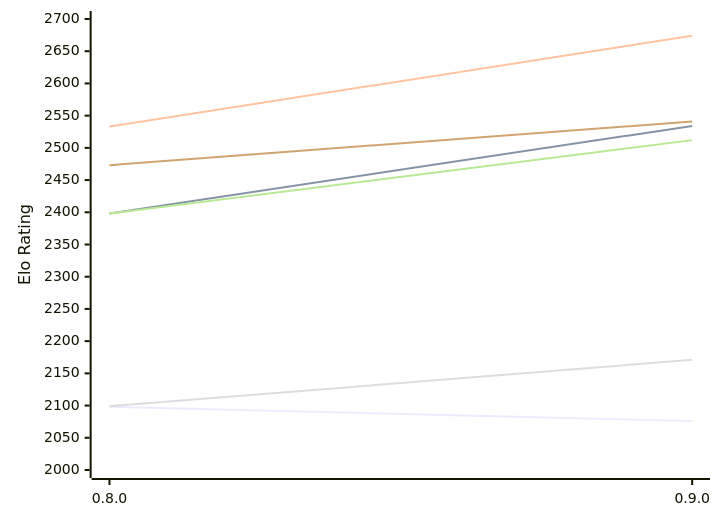
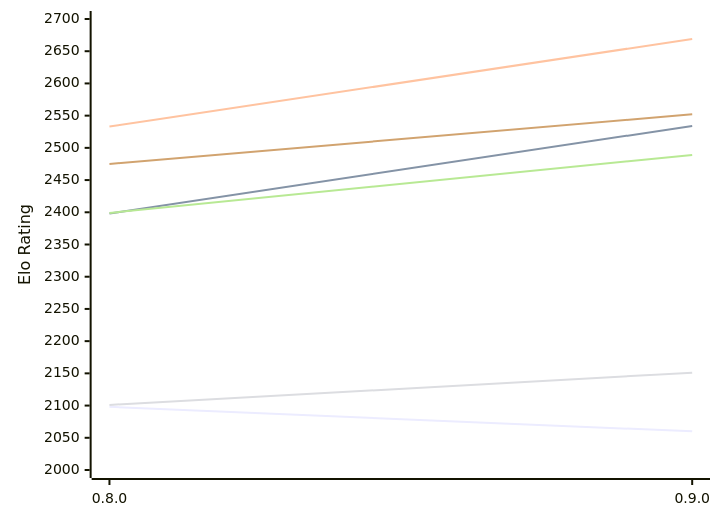
Before and after one commit to computer-chess-index/cci: the diagram in engines/Barbarossa.md, drawn with Mermaid. The commit also changed other lines of this file, not shown here.

Commit message:
Update CCI Ratings (ELO VLTC) - 2026-11-27

````diff
--- a/engines/Barbarossa.md
+++ b/engines/Barbarossa.md
@@ -49,12 +49,12 @@
 ```mermaid
 %%{init: {"theme":"base","themeVariables":{"seriesColors:['#a3a3a3','#222221','#faa371']}}}%%
 xychart-beta
   x-axis ["0.8.0", "0.9.0"]
   y-axis "Elo Rating" 2000 --> 2700
-  line "E1: STC (8.0+0.08s)" [2098, 2076]
+  line "E1: STC (8.0+0.08s)" [2098, 2060]
   line "E1: LTC (60.0+0.60s)" [2398, 2534]
-  line "E1: VLTC (2m24s+1.12s)" [2533, 2674]
-  line "P1: STC (8.0+0.08s)" [2099, 2171]
-  line "P1: LTC (60.0+0.60s)" [2398, 2512]
-  line "P1: VLTC (2m24s+1.12s)" [2473, 2541]
+  line "E1: VLTC (2m24s+1.12s)" [2533, 2669]
+  line "P1: STC (8.0+0.08s)" [2101, 2151]
+  line "P1: LTC (60.0+0.60s)" [2399, 2489]
+  line "P1: VLTC (2m24s+1.12s)" [2475, 2552]
 ```
````
